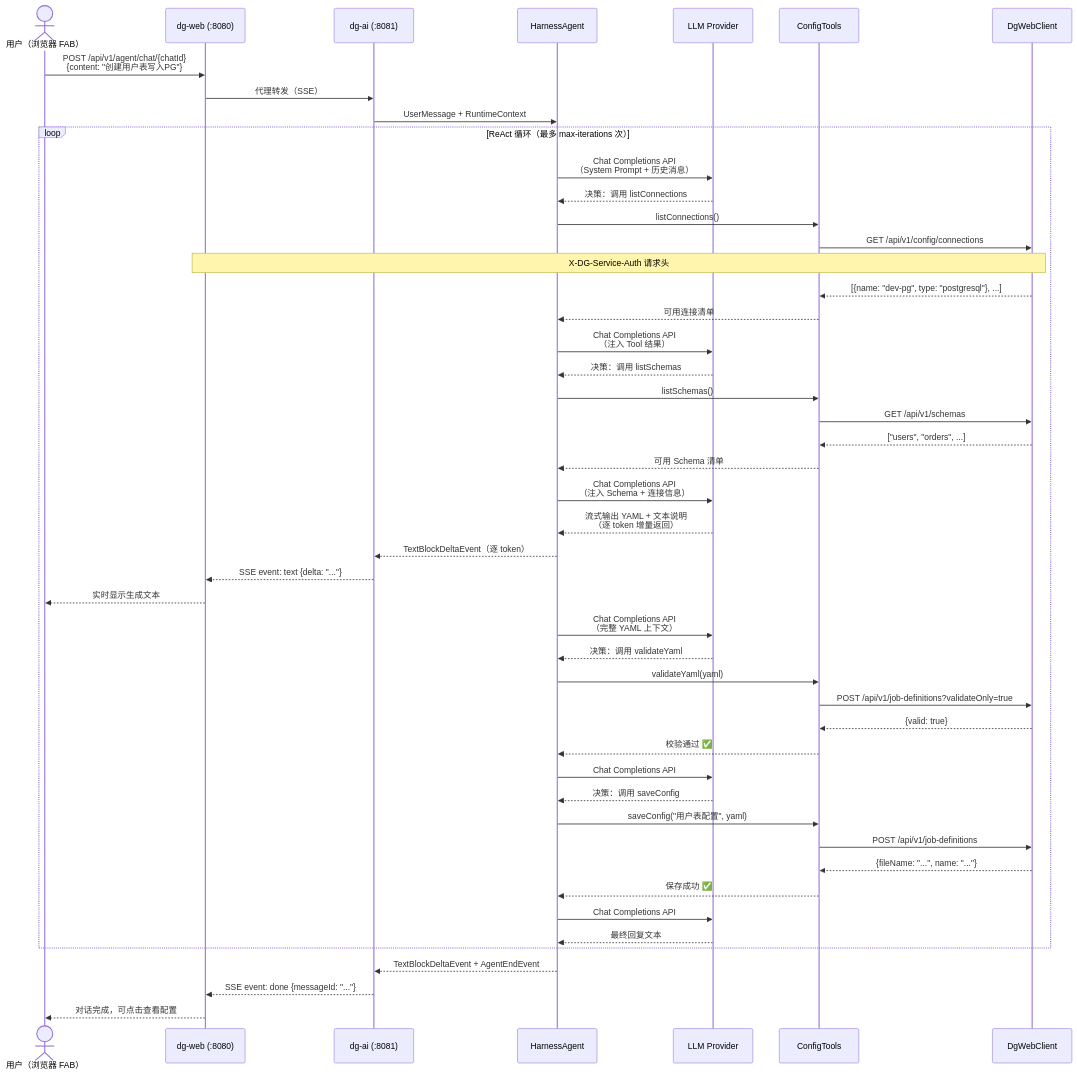
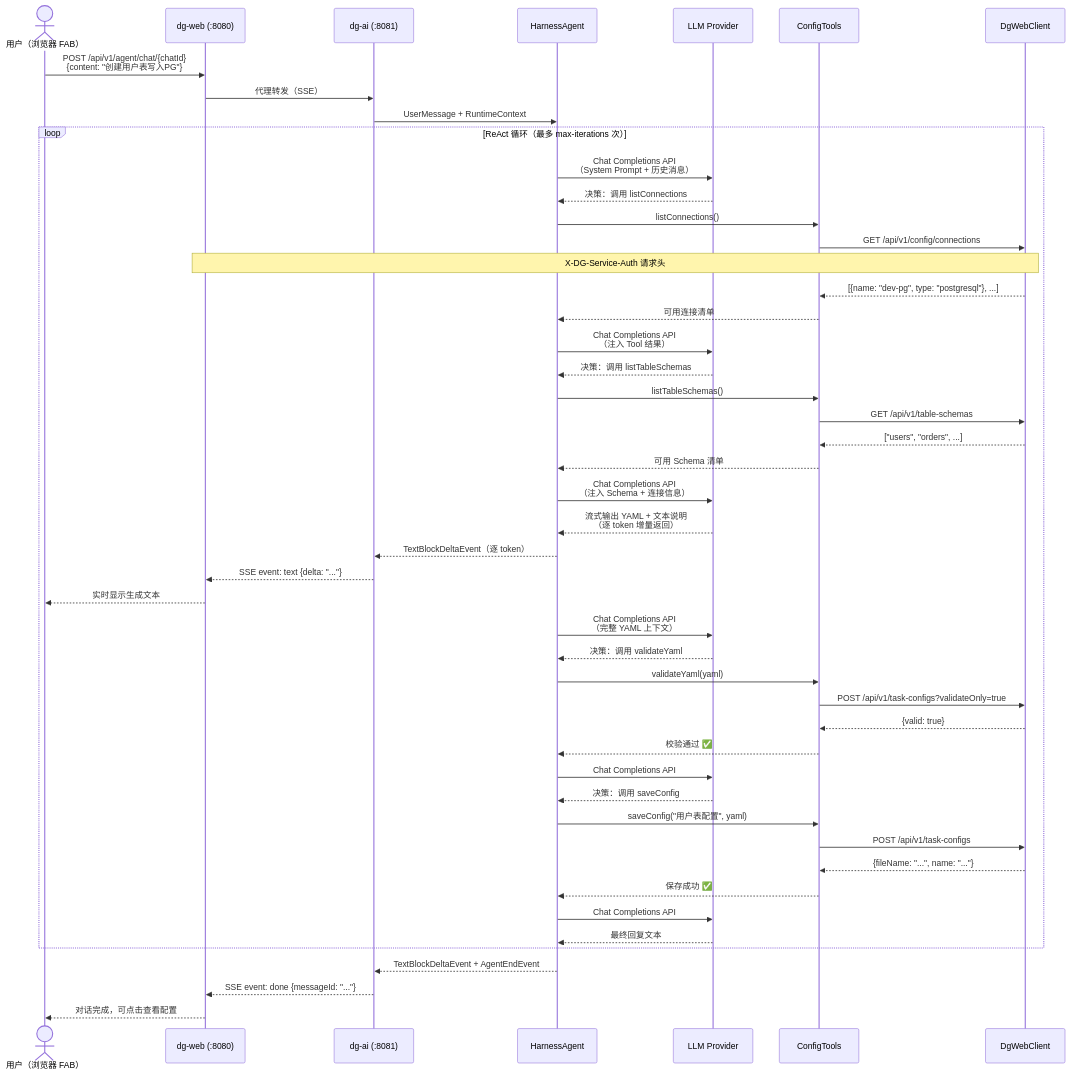
Before and after one commit to sleetzxy/data-generator: the second of 2 diagrams in dg-ai/README.md, drawn with Mermaid. The commit also changed other lines of this file and 212 other files, not shown here.

````diff
--- a/dg-ai/README.md
+++ b/dg-ai/README.md
@@ -109,63 +109,63 @@
 ```mermaid
 sequenceDiagram
     actor 用户 as 用户（浏览器 FAB）
     participant WEB as dg-web (:8080)
     participant AI as dg-ai (:8081)
     participant HA as HarnessAgent
     participant LLM as LLM Provider
     participant TOOL as ConfigTools
     participant DWC as DgWebClient
 
     用户->>WEB: POST /api/v1/agent/chat/{chatId}<br/>{content: "创建用户表写入PG"}
     WEB->>AI: 代理转发（SSE）
     AI->>HA: UserMessage + RuntimeContext
 
     loop ReAct 循环（最多 max-iterations 次）
         HA->>LLM: Chat Completions API<br/>（System Prompt + 历史消息）
         LLM-->>HA: 决策：调用 listConnections
 
         HA->>TOOL: listConnections()
         TOOL->>DWC: GET /api/v1/config/connections
         Note over DWC,WEB: X-DG-Service-Auth 请求头
         DWC-->>TOOL: [{name: "dev-pg", type: "postgresql"}, ...]
         TOOL-->>HA: 可用连接清单
 
         HA->>LLM: Chat Completions API<br/>（注入 Tool 结果）
-        LLM-->>HA: 决策：调用 listSchemas
+        LLM-->>HA: 决策：调用 listTableSchemas
 
-        HA->>TOOL: listSchemas()
-        TOOL->>DWC: GET /api/v1/schemas
+        HA->>TOOL: listTableSchemas()
+        TOOL->>DWC: GET /api/v1/table-schemas
         DWC-->>TOOL: ["users", "orders", ...]
         TOOL-->>HA: 可用 Schema 清单
 
         HA->>LLM: Chat Completions API<br/>（注入 Schema + 连接信息）
         LLM-->>HA: 流式输出 YAML + 文本说明<br/>（逐 token 增量返回）
 
         HA-->>AI: TextBlockDeltaEvent（逐 token）
         AI-->>WEB: SSE event: text {delta: "..."}
         WEB-->>用户: 实时显示生成文本
 
         HA->>LLM: Chat Completions API<br/>（完整 YAML 上下文）
         LLM-->>HA: 决策：调用 validateYaml
 
         HA->>TOOL: validateYaml(yaml)
-        TOOL->>DWC: POST /api/v1/job-definitions?validateOnly=true
+        TOOL->>DWC: POST /api/v1/task-configs?validateOnly=true
         DWC-->>TOOL: {valid: true}
         TOOL-->>HA: 校验通过 ✅
 
         HA->>LLM: Chat Completions API
         LLM-->>HA: 决策：调用 saveConfig
 
         HA->>TOOL: saveConfig("用户表配置", yaml)
-        TOOL->>DWC: POST /api/v1/job-definitions
+        TOOL->>DWC: POST /api/v1/task-configs
         DWC-->>TOOL: {fileName: "...", name: "..."}
         TOOL-->>HA: 保存成功 ✅
 
         HA->>LLM: Chat Completions API
         LLM-->>HA: 最终回复文本
     end
 
     HA-->>AI: TextBlockDeltaEvent + AgentEndEvent
     AI-->>WEB: SSE event: done {messageId: "..."}
     WEB-->>用户: 对话完成，可点击查看配置
 ```
````
